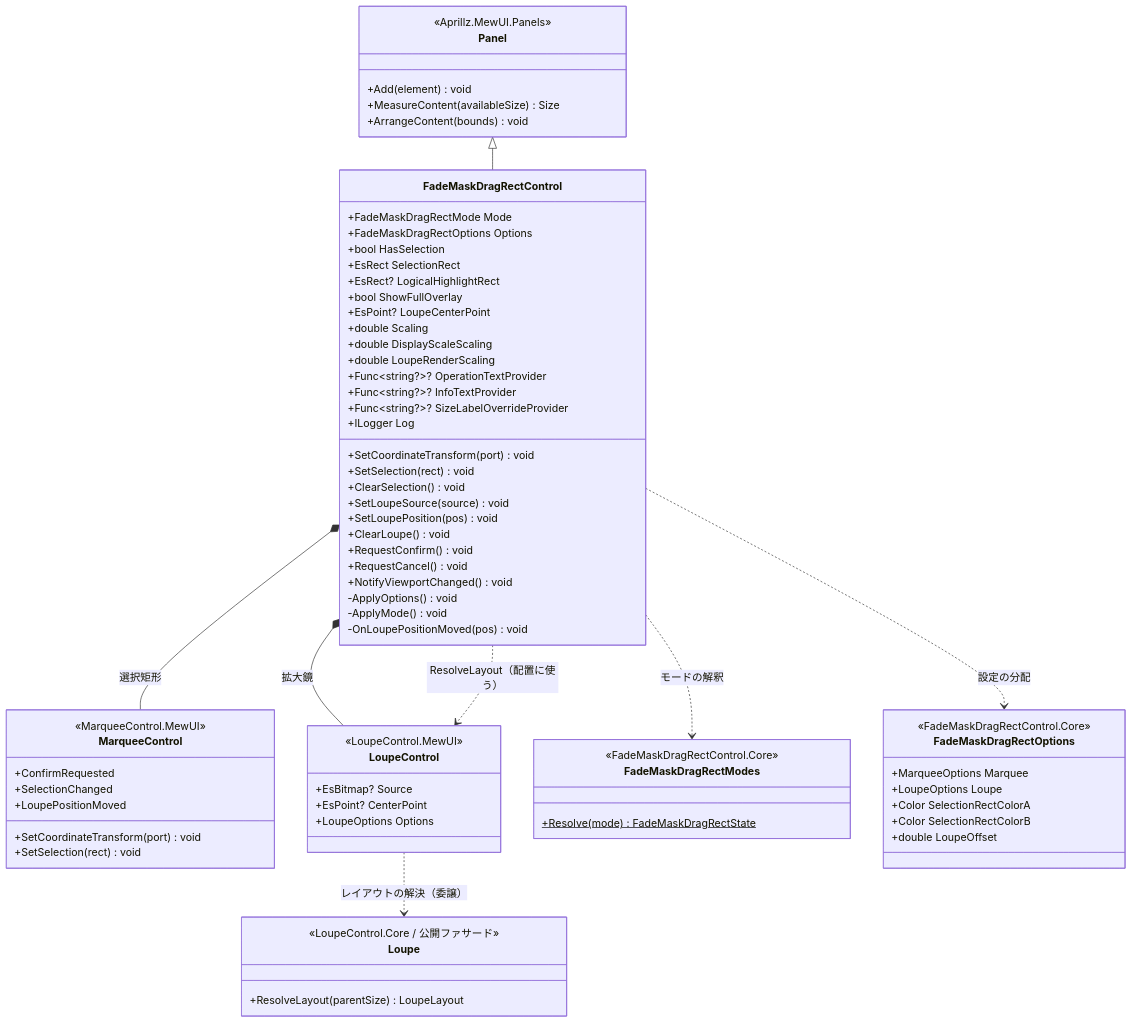
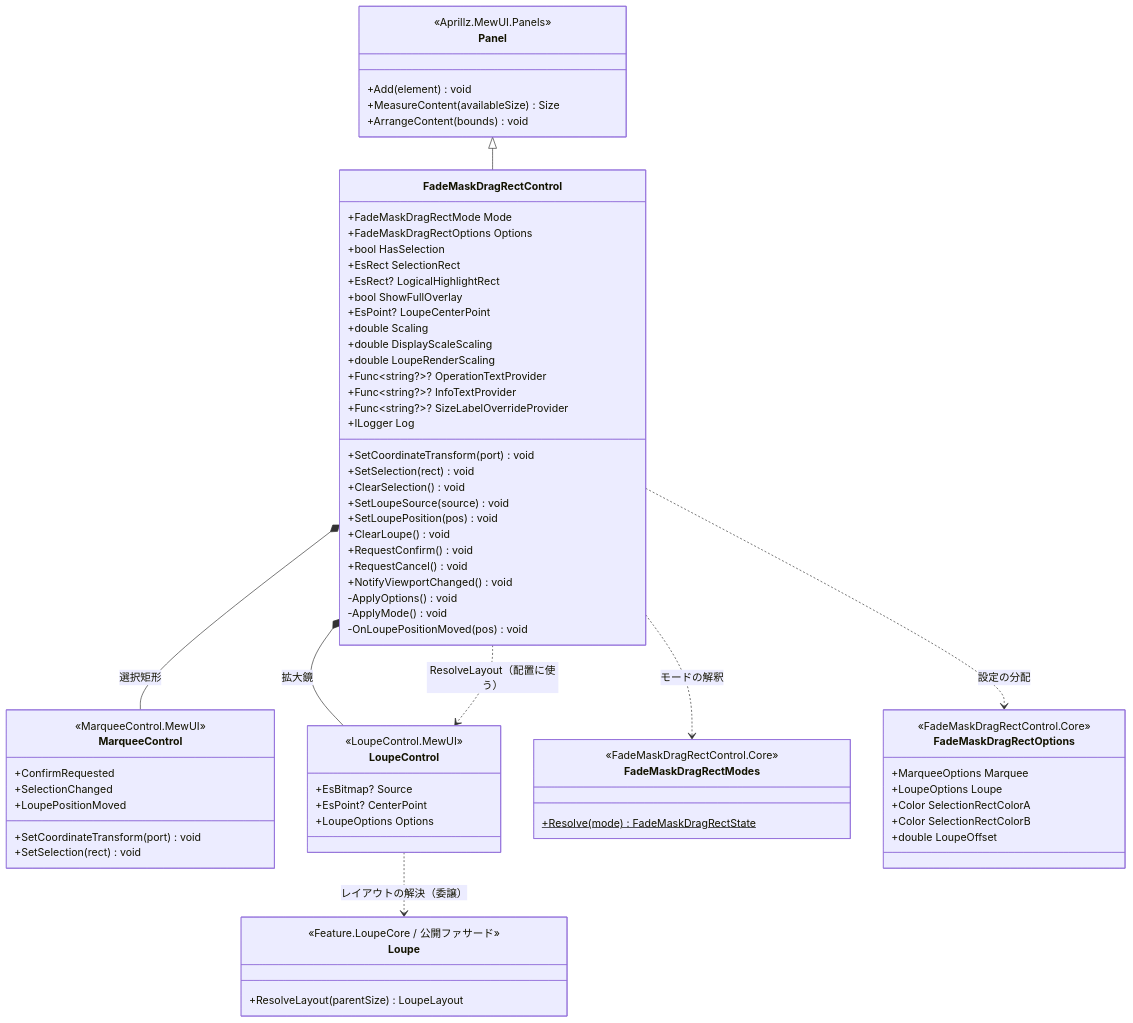
One commit to tomokuni/SaveEvidence changed the first of 4 diagrams in src/FadeMaskDragRectControl.MewUI/SPEC_System.md. Above: the diagram before and after it, drawn with Mermaid. The commit also changed 131 other files, not shown here.

First line of the commit message:
Core プロジェクトを Feature.MarqueeCore / Feature.LoupeCore へ改名

````diff
--- a/src/FadeMaskDragRectControl.MewUI/SPEC_System.md
+++ b/src/FadeMaskDragRectControl.MewUI/SPEC_System.md
@@ -94,75 +94,75 @@
 ```mermaid
 classDiagram
     class Panel {
         <<Aprillz.MewUI.Panels>>
         +Add(element) void
         +MeasureContent(availableSize) Size
         +ArrangeContent(bounds) void
     }
     class FadeMaskDragRectControl {
         +FadeMaskDragRectMode Mode
         +FadeMaskDragRectOptions Options
         +bool HasSelection
         +EsRect SelectionRect
         +EsRect? LogicalHighlightRect
         +bool ShowFullOverlay
         +EsPoint? LoupeCenterPoint
         +double Scaling
         +double DisplayScaleScaling
         +double LoupeRenderScaling
         +Func~string?~? OperationTextProvider
         +Func~string?~? InfoTextProvider
         +Func~string?~? SizeLabelOverrideProvider
         +ILogger Log
         +SetCoordinateTransform(port) void
         +SetSelection(rect) void
         +ClearSelection() void
         +SetLoupeSource(source) void
         +SetLoupePosition(pos) void
         +ClearLoupe() void
         +RequestConfirm() void
         +RequestCancel() void
         +NotifyViewportChanged() void
         -ApplyOptions() void
         -ApplyMode() void
         -OnLoupePositionMoved(pos) void
     }
     class MarqueeControl {
         <<MarqueeControl.MewUI>>
         +SetCoordinateTransform(port) void
         +SetSelection(rect) void
         +ConfirmRequested
         +SelectionChanged
         +LoupePositionMoved
     }
     class LoupeControl {
         <<LoupeControl.MewUI>>
         +EsBitmap? Source
         +EsPoint? CenterPoint
         +LoupeOptions Options
     }
     class FadeMaskDragRectModes {
         <<FadeMaskDragRectControl.Core>>
         +Resolve(mode)$ FadeMaskDragRectState
     }
     class FadeMaskDragRectOptions {
         <<FadeMaskDragRectControl.Core>>
         +MarqueeOptions Marquee
         +LoupeOptions Loupe
         +Color SelectionRectColorA
         +Color SelectionRectColorB
         +double LoupeOffset
     }
     class Loupe {
-        <<LoupeControl.Core / 公開ファサード>>
+        <<Feature.LoupeCore / 公開ファサード>>
         +ResolveLayout(parentSize) LoupeLayout
     }
 
     Panel <|-- FadeMaskDragRectControl
     FadeMaskDragRectControl *-- MarqueeControl : 選択矩形
     FadeMaskDragRectControl *-- LoupeControl : 拡大鏡
     FadeMaskDragRectControl ..> FadeMaskDragRectModes : モードの解釈
     FadeMaskDragRectControl ..> FadeMaskDragRectOptions : 設定の分配
     LoupeControl ..> Loupe : レイアウトの解決（委譲）
     FadeMaskDragRectControl ..> LoupeControl : ResolveLayout（配置に使う）
 ```
````
